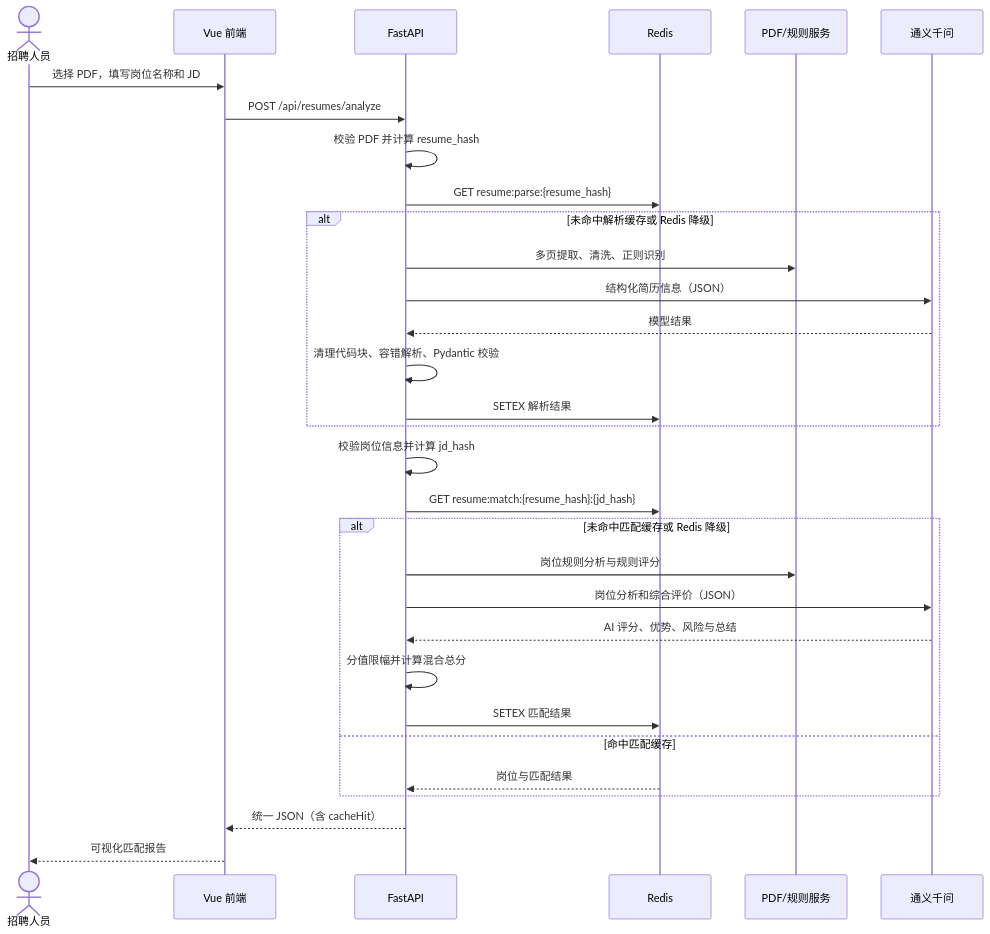
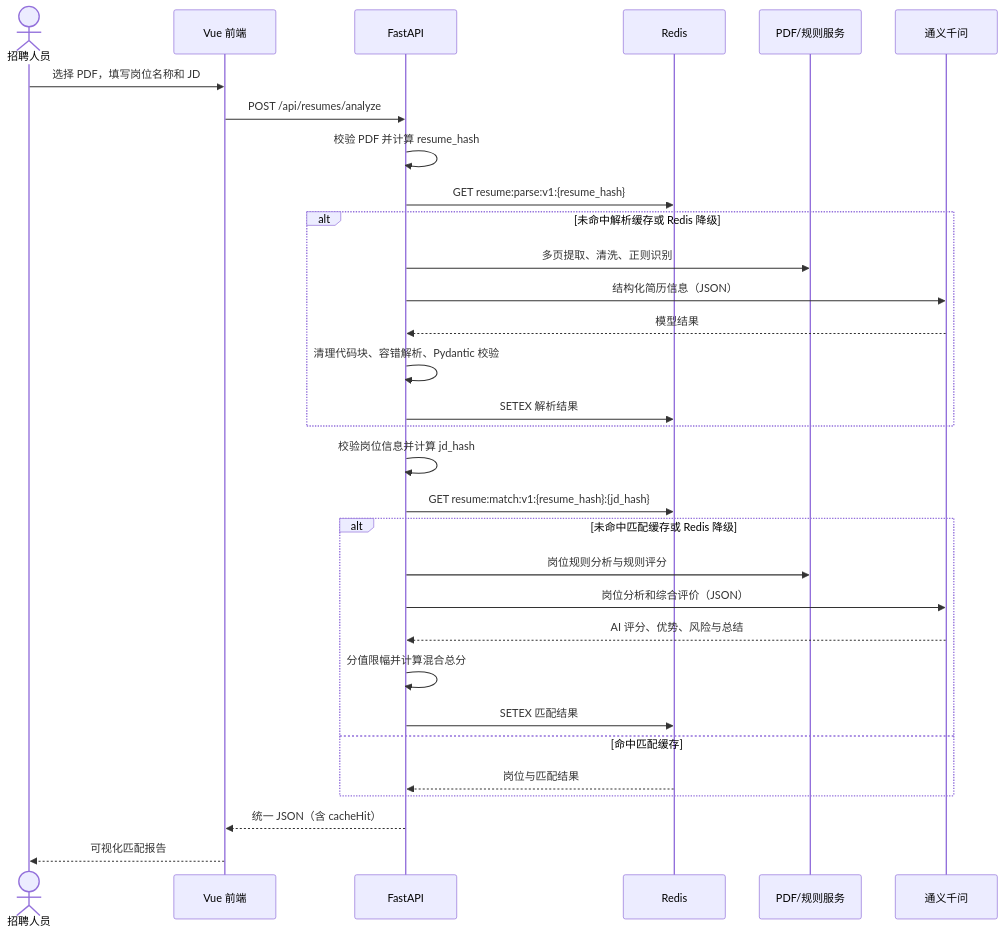
Before and after one commit to ZYZ666-RGB/ai-resume-analyzer: the second of 2 diagrams in README.md, drawn with Mermaid. The commit also changed other lines of this file and 41 other files, not shown here.

````diff
--- a/README.md
+++ b/README.md
@@ -57,34 +71,34 @@
 ```mermaid
 sequenceDiagram
     actor User as 招聘人员
     participant Web as Vue 前端
     participant API as FastAPI
     participant Cache as Redis
     participant PDF as PDF/规则服务
     participant LLM as 通义千问
 
     User->>Web: 选择 PDF，填写岗位名称和 JD
     Web->>API: POST /api/resumes/analyze
     API->>API: 校验 PDF 并计算 resume_hash
-    API->>Cache: GET resume:parse:{resume_hash}
+    API->>Cache: GET resume:parse:v1:{resume_hash}
     alt 未命中解析缓存或 Redis 降级
         API->>PDF: 多页提取、清洗、正则识别
         API->>LLM: 结构化简历信息（JSON）
         LLM-->>API: 模型结果
         API->>API: 清理代码块、容错解析、Pydantic 校验
         API->>Cache: SETEX 解析结果
     end
     API->>API: 校验岗位信息并计算 jd_hash
-    API->>Cache: GET resume:match:{resume_hash}:{jd_hash}
+    API->>Cache: GET resume:match:v1:{resume_hash}:{jd_hash}
     alt 未命中匹配缓存或 Redis 降级
         API->>PDF: 岗位规则分析与规则评分
         API->>LLM: 岗位分析和综合评价（JSON）
         LLM-->>API: AI 评分、优势、风险与总结
         API->>API: 分值限幅并计算混合总分
         API->>Cache: SETEX 匹配结果
     else 命中匹配缓存
         Cache-->>API: 岗位与匹配结果
     end
     API-->>Web: 统一 JSON（含 cacheHit）
     Web-->>User: 可视化匹配报告
 ```
````
